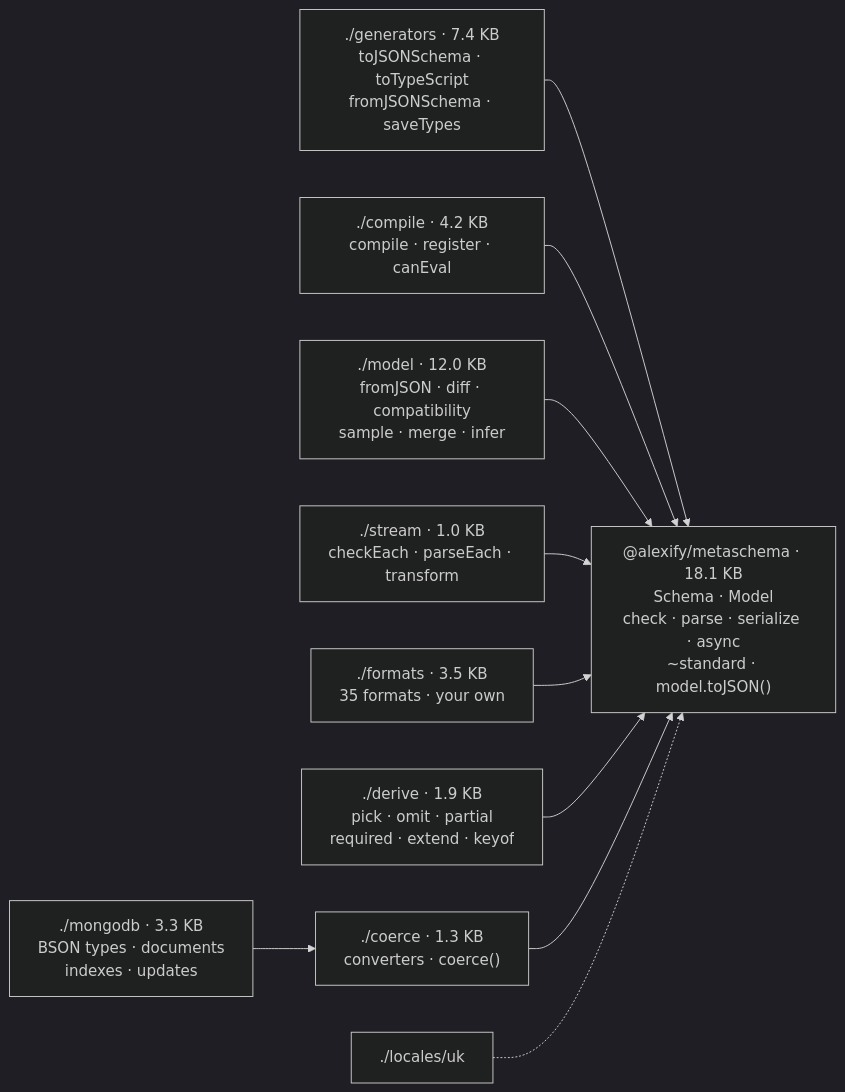
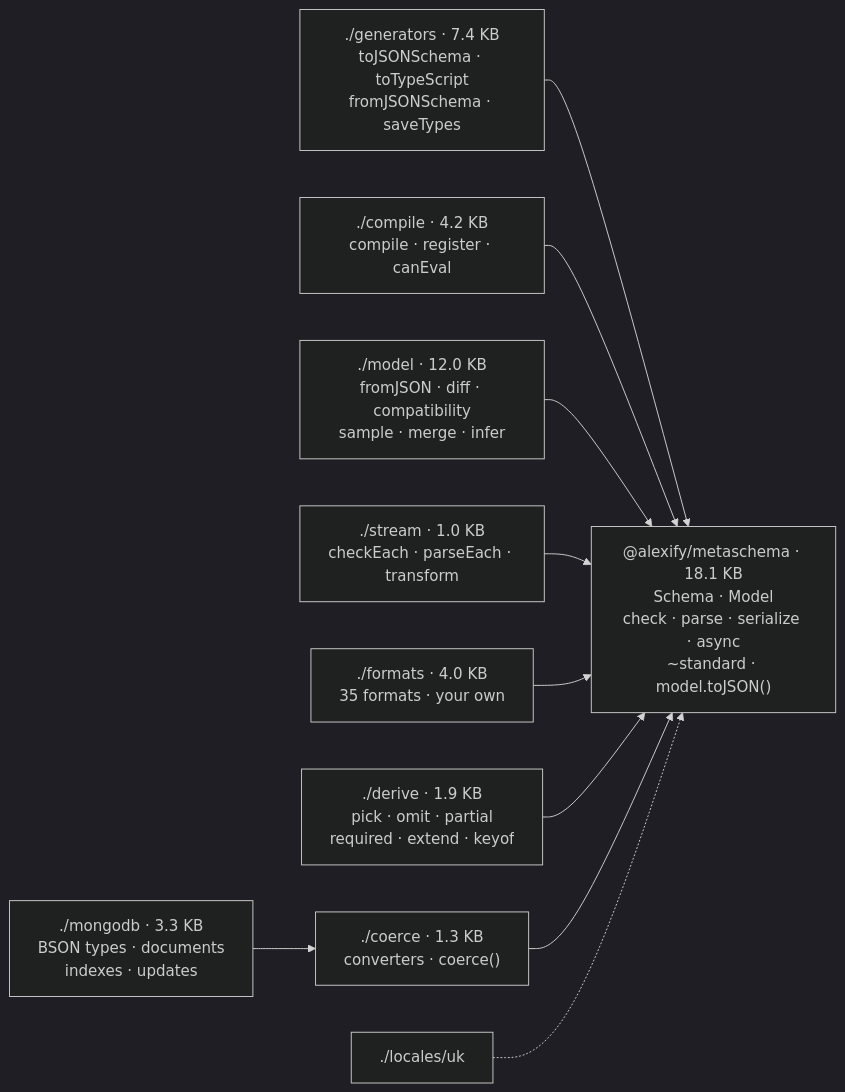
One commit to Alexis-Technologies/metaschema changed the second of 9 diagrams in docs/guide/architecture.md. Above: the diagram before and after it, drawn with Mermaid (dark theme). The commit also changed 25 other files, not shown here.

````diff
--- a/docs/guide/architecture.md
+++ b/docs/guide/architecture.md
@@ -38,13 +38,13 @@
 ```mermaid
 flowchart LR
     GEN["./generators · 7.4 KB<br/>toJSONSchema · toTypeScript<br/>fromJSONSchema · saveTypes"] --> CORE
     COMP["./compile · 4.2 KB<br/>compile · register · canEval"] --> CORE
     MOD["./model · 12.0 KB<br/>fromJSON · diff · compatibility<br/>sample · merge · infer"] --> CORE
     STR["./stream · 1.0 KB<br/>checkEach · parseEach · transform"] --> CORE
-    FMT["./formats · 3.5 KB<br/>35 formats · your own"] --> CORE
+    FMT["./formats · 4.0 KB<br/>35 formats · your own"] --> CORE
     DER["./derive · 1.9 KB<br/>pick · omit · partial<br/>required · extend · keyof"] --> CORE
     COE["./coerce · 1.3 KB<br/>converters · coerce()"] --> CORE
     MDB["./mongodb · 3.3 KB<br/>BSON types · documents<br/>indexes · updates"] --> COE
     LOC["./locales/uk"] -.-> CORE
     CORE["@alexify/metaschema · 18.1 KB<br/>Schema · Model<br/>check · parse · serialize · async<br/>~standard · model.toJSON()"]
 ```
````
